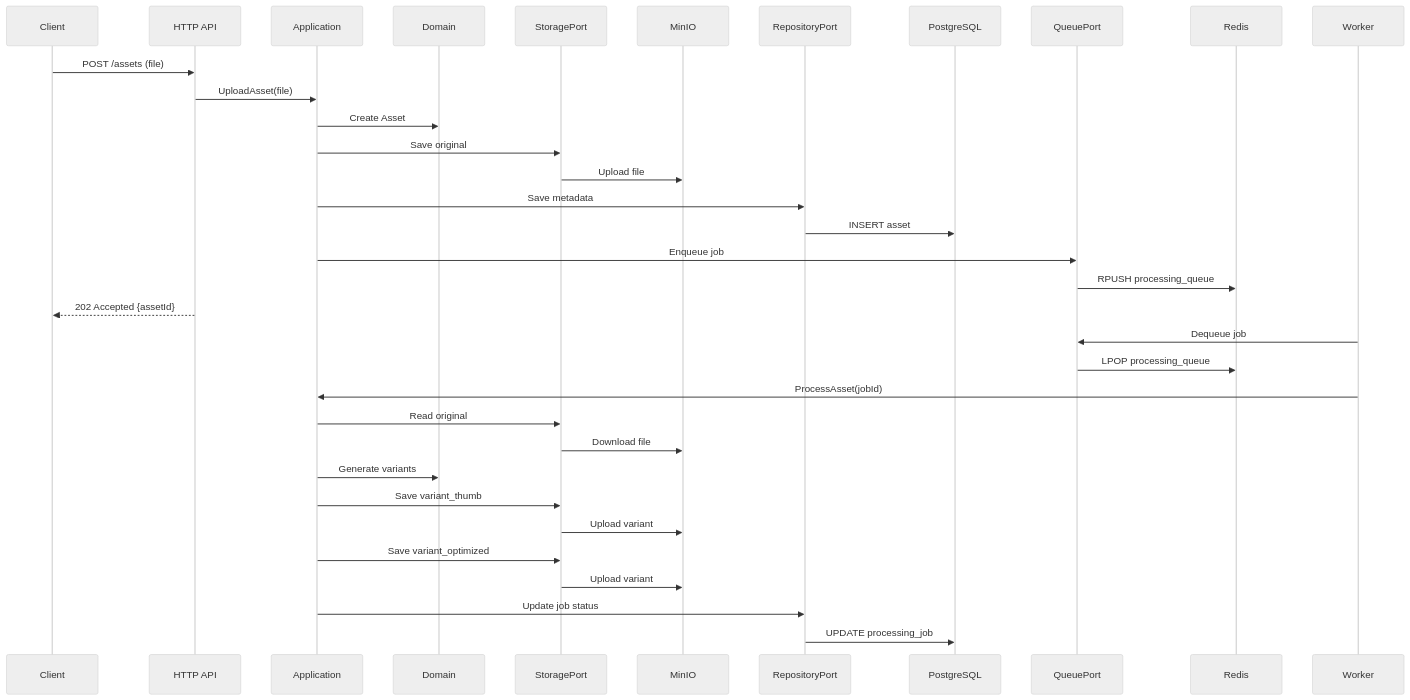
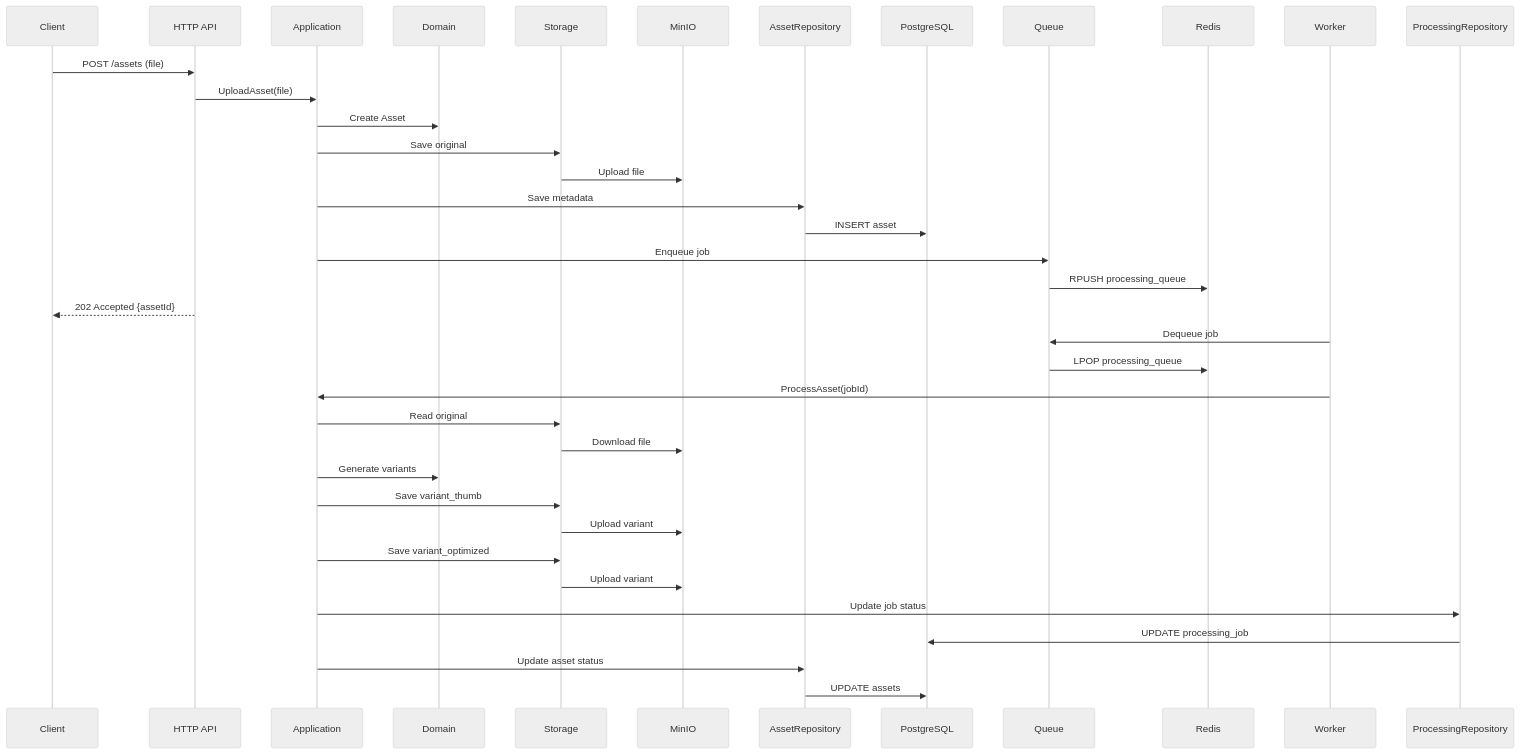
Before and after one commit to joshua-sajeev/tessera: the first of 2 diagrams in docs/architecture/02-flows.md, drawn with Mermaid (neutral theme). The commit also changed other lines of this file and 8 other files, not shown here.

Commit message:
docs: update persistence architecture docs

````diff
--- a/docs/architecture/02-flows.md
+++ b/docs/architecture/02-flows.md
@@ -67,26 +69,28 @@
 ```mermaid
 sequenceDiagram
     Client->>HTTP API: POST /assets (file)
     HTTP API->>Application: UploadAsset(file)
     Application->>Domain: Create Asset
-    Application->>StoragePort: Save original
-    StoragePort->>MinIO: Upload file
-    Application->>RepositoryPort: Save metadata
-    RepositoryPort->>PostgreSQL: INSERT asset
-    Application->>QueuePort: Enqueue job
-    QueuePort->>Redis: RPUSH processing_queue
+    Application->>Storage: Save original
+    Storage->>MinIO: Upload file
+    Application->>AssetRepository: Save metadata
+    AssetRepository->>PostgreSQL: INSERT asset
+    Application->>Queue: Enqueue job
+    Queue->>Redis: RPUSH processing_queue
     HTTP API-->>Client: 202 Accepted {assetId}
     
-    Worker->>QueuePort: Dequeue job
-    QueuePort->>Redis: LPOP processing_queue
+    Worker->>Queue: Dequeue job
+    Queue->>Redis: LPOP processing_queue
     Worker->>Application: ProcessAsset(jobId)
-    Application->>StoragePort: Read original
-    StoragePort->>MinIO: Download file
+    Application->>Storage: Read original
+    Storage->>MinIO: Download file
     Application->>Domain: Generate variants
-    Application->>StoragePort: Save variant_thumb
-    StoragePort->>MinIO: Upload variant
-    Application->>StoragePort: Save variant_optimized
-    StoragePort->>MinIO: Upload variant
-    Application->>RepositoryPort: Update job status
-    RepositoryPort->>PostgreSQL: UPDATE processing_job
+    Application->>Storage: Save variant_thumb
+    Storage->>MinIO: Upload variant
+    Application->>Storage: Save variant_optimized
+    Storage->>MinIO: Upload variant
+    Application->>ProcessingRepository: Update job status
+    ProcessingRepository->>PostgreSQL: UPDATE processing_job
+    Application->>AssetRepository: Update asset status
+    AssetRepository->>PostgreSQL: UPDATE assets
 ```
````
